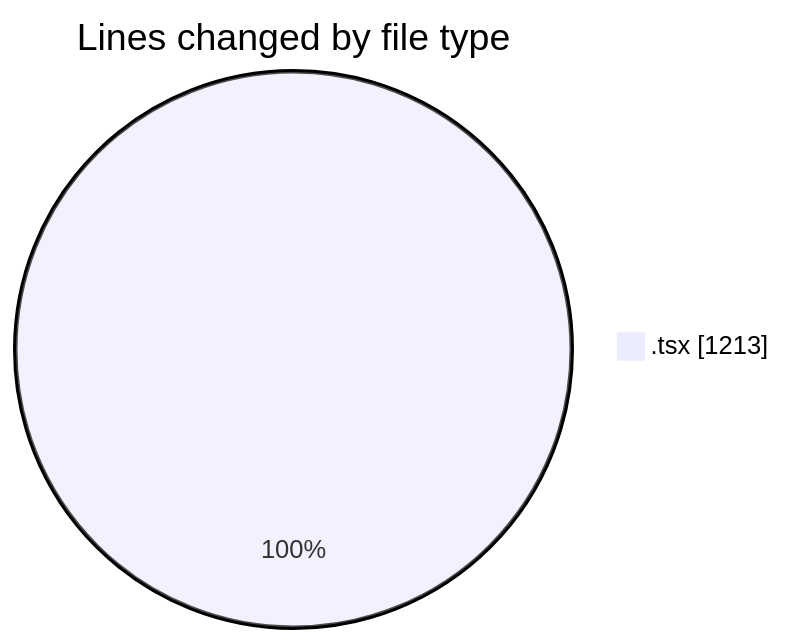
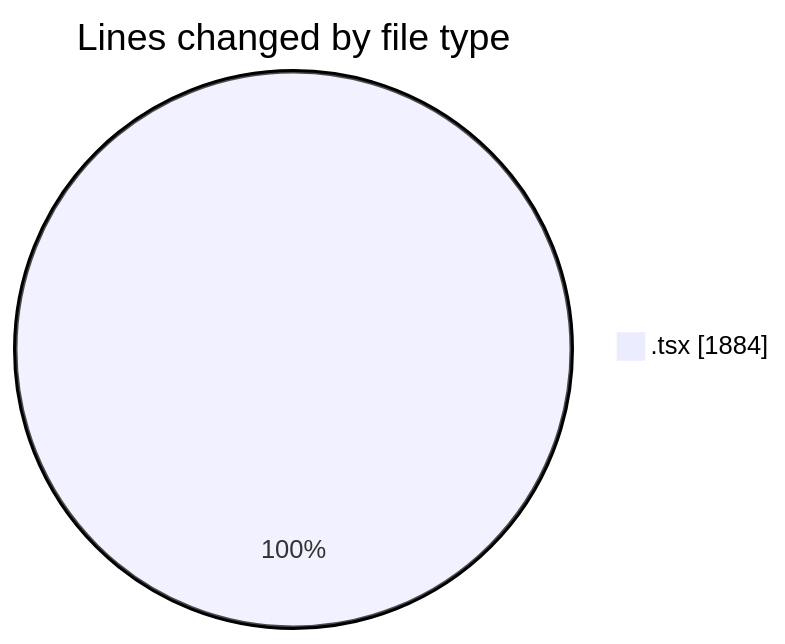
The first of 2 diagrams in 2026-03-22/nxtqube_webapp/README.md (nxtqubesakshisongat/code-tracking), drawn with Mermaid before and after one commit. The commit also changed other lines of this file and 1 other file, not shown here.

````diff
--- a/2026-03-22/nxtqube_webapp/README.md
+++ b/2026-03-22/nxtqube_webapp/README.md
@@ -22,5 +22,5 @@
 ```mermaid
 pie showData
 title Lines changed by file type
-".tsx" : 1213
+".tsx" : 1884
 ```
````
